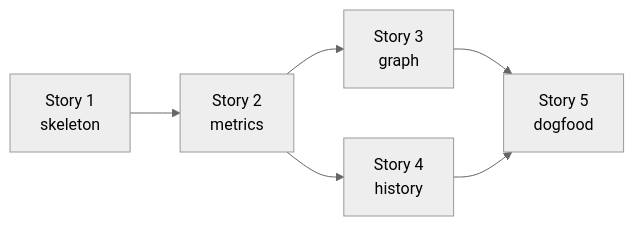
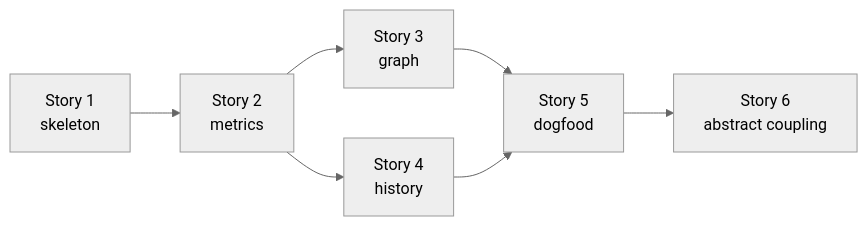
One commit to ftl/go-depend changed the first of 2 diagrams in doc/plan.md. Above: the diagram before and after it, drawn with Mermaid (neutral theme). The commit also changed other lines of this file and 7 other files, not shown here.

````diff
--- a/doc/plan.md
+++ b/doc/plan.md
@@ -14,8 +14,9 @@
 ```mermaid
 graph LR
     S1[Story 1<br/>skeleton] --> S2[Story 2<br/>metrics]
     S2 --> S3[Story 3<br/>graph]
     S2 --> S4[Story 4<br/>history]
     S3 --> S5[Story 5<br/>dogfood]
     S4 --> S5
+    S5 --> S6[Story 6<br/>abstract coupling]
 ```
````
